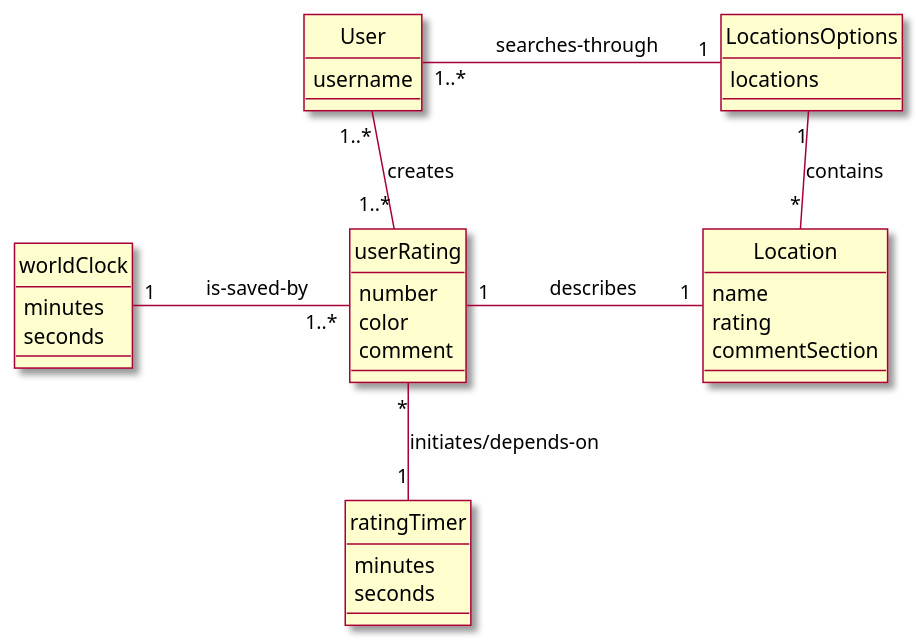
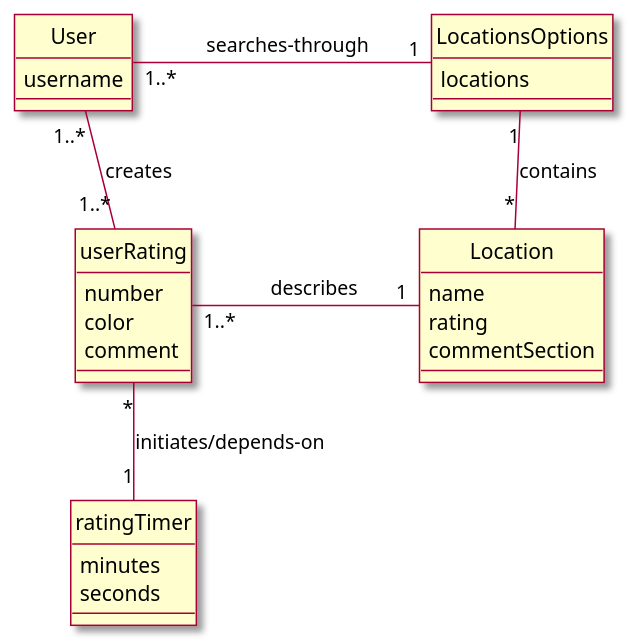
One commit to manoushpajouh/Vassar-Crowdmeter changed the first of 4 diagrams in intellij/documentation/design.md. Above: the diagram before and after it, drawn with PlantUML. The commit also changed other lines of this file and 3 other files, not shown here.

````diff
--- a/intellij/documentation/design.md
+++ b/intellij/documentation/design.md
@@ -2,50 +2,44 @@
 ```plantuml
 @startuml
 
 skin rose 
 
 hide circle 
 hide circle 
 
 ' classes 
 
 class User{
 username
 }
 
 class userRating{
 number
 color
 comment
 }
 
 class LocationsOptions{
 locations
 }
 
 class Location{
 name
 rating
 commentSection
 }
 
 class ratingTimer{
 minutes
 seconds
 }
 
-class worldClock{
-minutes
-seconds
-}
-
 ' associations 
-userRating "1"  - "1" Location : \t describes \t
+userRating "1..*"  - "1" Location : \t describes \t
 userRating "*" -- "1" ratingTimer : initiates/depends-on \t
 User "1..*" -- "1..*" userRating : creates
-worldClock "1" -right- "1..*" userRating : \t is-saved-by \t
 LocationsOptions "1" -down- "*" Location : contains
 User "1..*" -right- "1" LocationsOptions: \t searches-through\t
 
 @enduml
 ```
````
